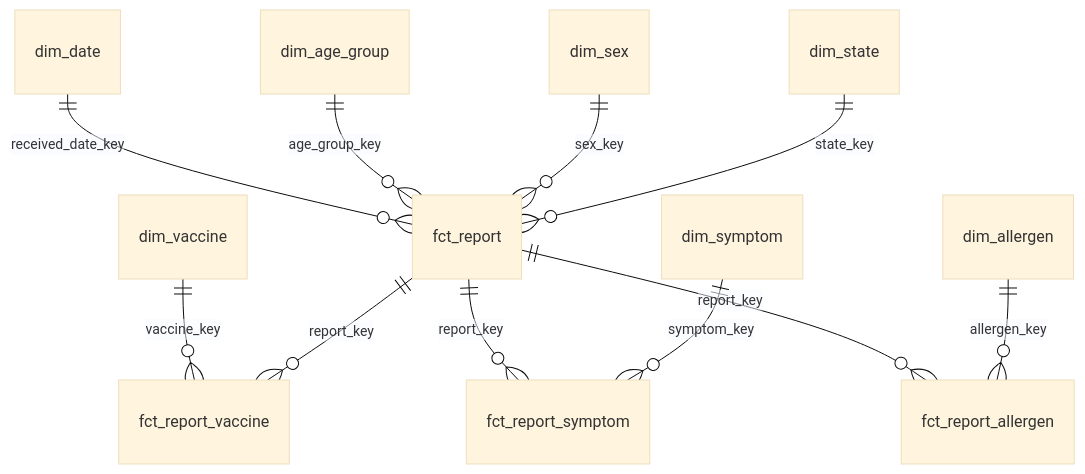
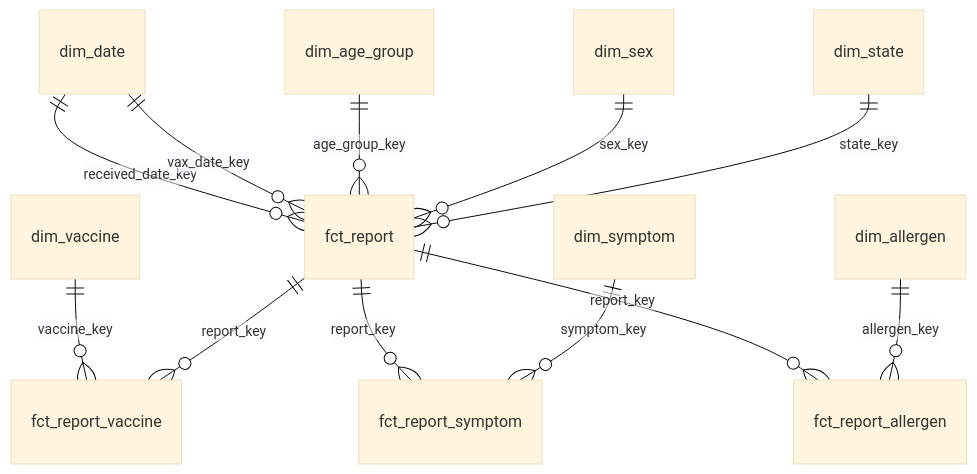
The third of 3 diagrams in docs/schema.md (nmdbbb/DVG6), drawn with Mermaid (base theme) before and after one commit. The commit also changed other lines of this file and 12 other files, not shown here.

````diff
--- a/docs/schema.md
+++ b/docs/schema.md
@@ -69,13 +69,14 @@
 ```mermaid
 erDiagram
   dim_vaccine   ||--o{ fct_report_vaccine : vaccine_key
   dim_date      ||--o{ fct_report         : received_date_key
+  dim_date      ||--o{ fct_report         : vax_date_key
   dim_age_group ||--o{ fct_report         : age_group_key
   dim_sex       ||--o{ fct_report         : sex_key
   dim_state     ||--o{ fct_report         : state_key
   fct_report    ||--o{ fct_report_vaccine : report_key
   fct_report    ||--o{ fct_report_symptom : report_key
   fct_report    ||--o{ fct_report_allergen : report_key
   dim_symptom   ||--o{ fct_report_symptom : symptom_key
   dim_allergen  ||--o{ fct_report_allergen : allergen_key
 ```
````
